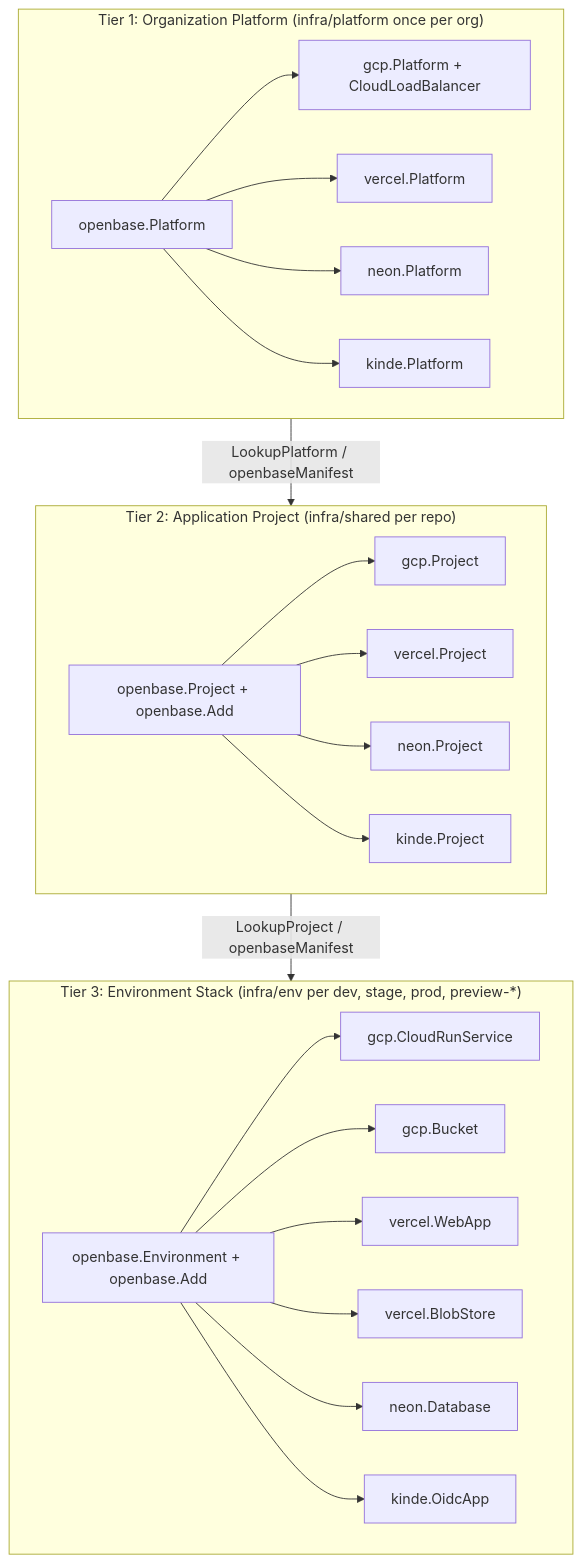
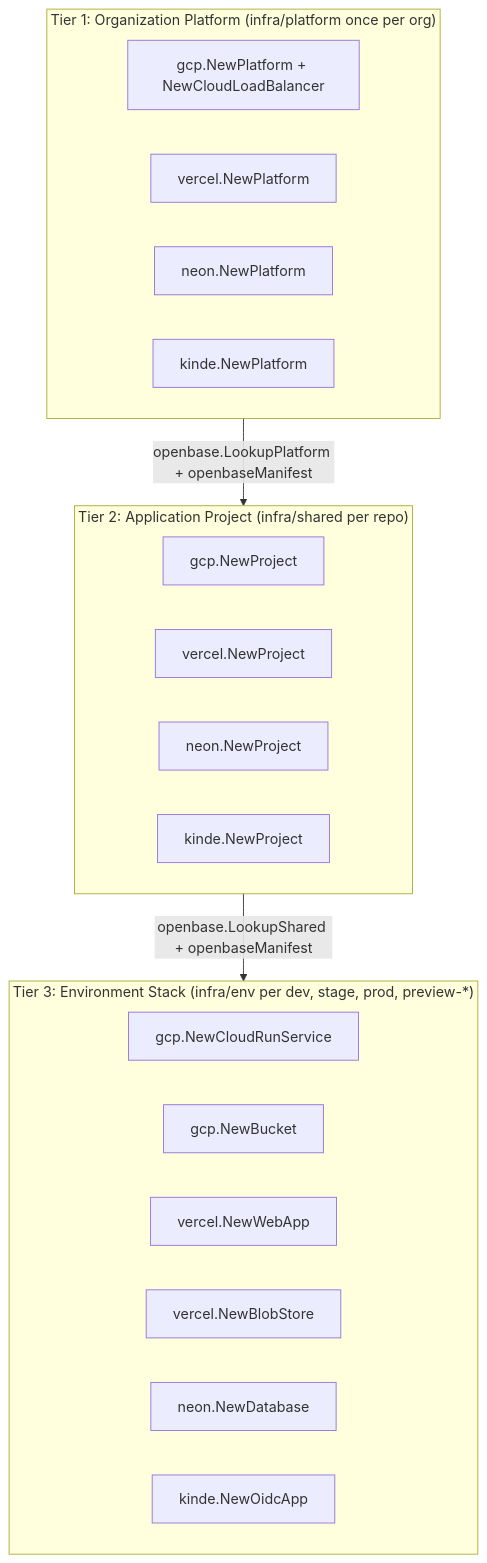
The first of 2 diagrams in docs/architecture/index.md (cloudvoyant/openbase), drawn with Mermaid before and after one commit. The commit also changed other lines of this file and 70 other files, not shown here.

````diff
--- a/docs/architecture/index.md
+++ b/docs/architecture/index.md
@@ -27,28 +27,28 @@
 ```mermaid
 flowchart TD
     subgraph Tier1["Tier 1: Organization Platform (infra/platform once per org)"]
-        OrgScope["openbase.Platform"] --> GCPPlat["gcp.Platform + CloudLoadBalancer"]
-        OrgScope --> VerPlat["vercel.Platform"]
-        OrgScope --> NeonPlat["neon.Platform"]
-        OrgScope --> KindePlat["kinde.Platform"]
+        GCPPlat["gcp.NewPlatform + NewCloudLoadBalancer"]
+        VerPlat["vercel.NewPlatform"]
+        NeonPlat["neon.NewPlatform"]
+        KindePlat["kinde.NewPlatform"]
     end
 
     subgraph Tier2["Tier 2: Application Project (infra/shared per repo)"]
-        ProjScope["openbase.Project + openbase.Add"] --> GCPProj["gcp.Project"]
-        ProjScope --> VerProj["vercel.Project"]
-        ProjScope --> NeonProj["neon.Project"]
-        ProjScope --> KindeProj["kinde.Project"]
+        GCPProj["gcp.NewProject"]
+        VerProj["vercel.NewProject"]
+        NeonProj["neon.NewProject"]
+        KindeProj["kinde.NewProject"]
     end
 
     subgraph Tier3["Tier 3: Environment Stack (infra/env per dev, stage, prod, preview-*)"]
-        EnvScope["openbase.Environment + openbase.Add"] --> CR["gcp.CloudRunService"]
-        EnvScope --> Bkt["gcp.Bucket"]
-        EnvScope --> Web["vercel.WebApp"]
-        EnvScope --> Blob["vercel.BlobStore"]
-        EnvScope --> DB["neon.Database"]
-        EnvScope --> OIDC["kinde.OidcApp"]
+        CR["gcp.NewCloudRunService"]
+        Bkt["gcp.NewBucket"]
+        Web["vercel.NewWebApp"]
+        Blob["vercel.NewBlobStore"]
+        DB["neon.NewDatabase"]
+        OIDC["kinde.NewOidcApp"]
     end
 
-    Tier1 -->|"LookupPlatform / openbaseManifest"| Tier2
-    Tier2 -->|"LookupProject / openbaseManifest"| Tier3
+    Tier1 -->|"openbase.LookupPlatform + openbaseManifest"| Tier2
+    Tier2 -->|"openbase.LookupShared + openbaseManifest"| Tier3
 ```
````
